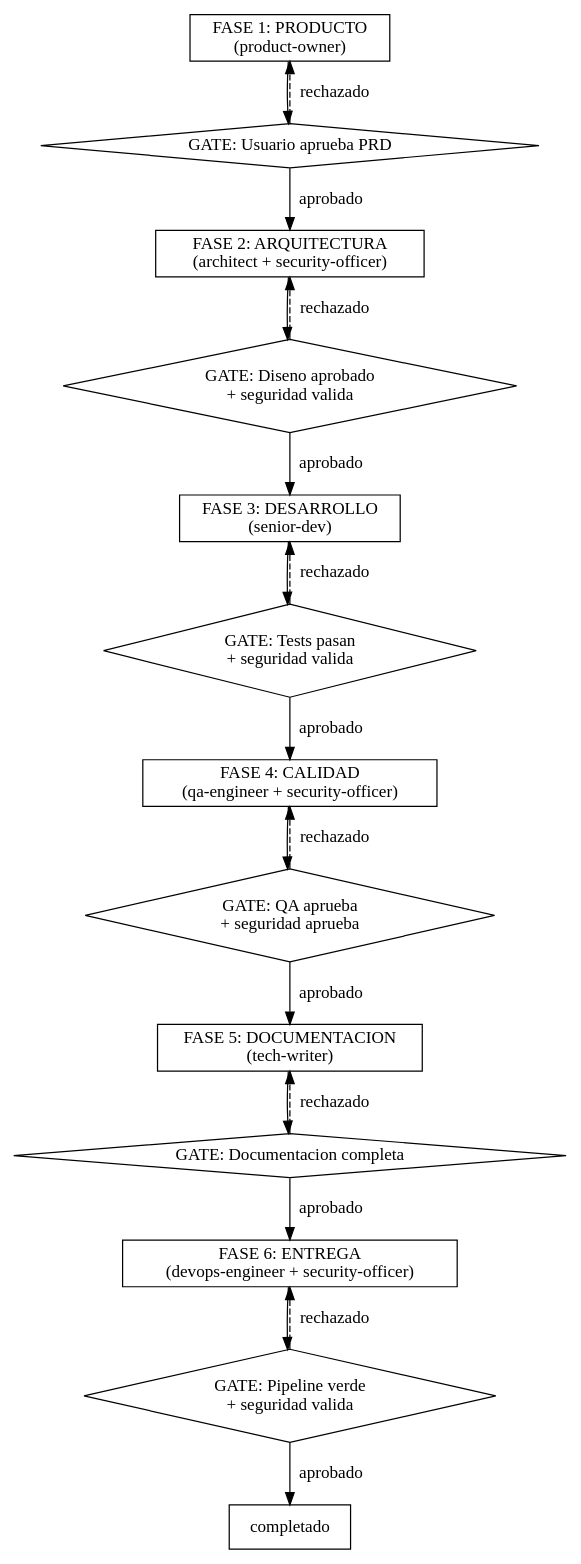
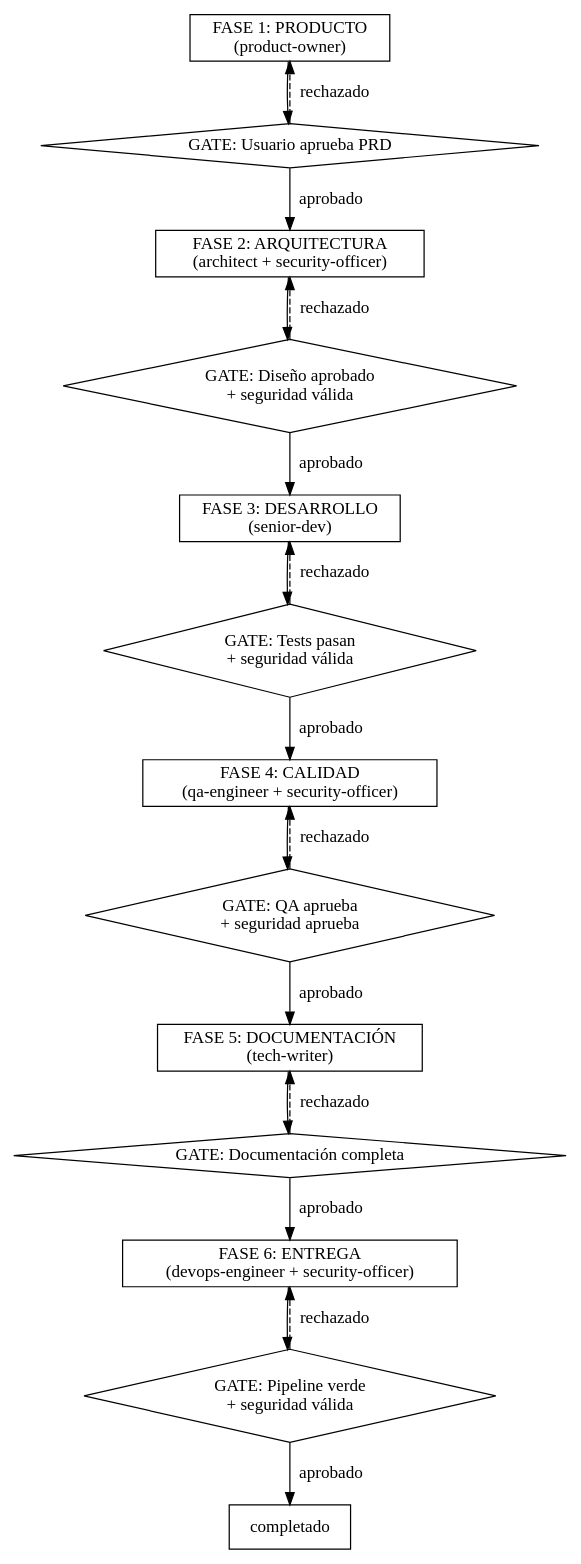
Before and after one commit to 686f6c61/Claude-JARVIS-dev: the first of 3 diagrams in agents/alfred.md, drawn with Graphviz. The commit also changed other lines of this file and 68 other files, not shown here.

````diff
--- a/agents/alfred.md
+++ b/agents/alfred.md
@@ -103,39 +103,39 @@
 ```dot
 digraph feature_flow {
     rankdir=TB;
     node [shape=box];
 
     producto [label="FASE 1: PRODUCTO\n(product-owner)"];
     arquitectura [label="FASE 2: ARQUITECTURA\n(architect + security-officer)"];
     desarrollo [label="FASE 3: DESARROLLO\n(senior-dev)"];
     calidad [label="FASE 4: CALIDAD\n(qa-engineer + security-officer)"];
-    documentacion [label="FASE 5: DOCUMENTACION\n(tech-writer)"];
+    documentacion [label="FASE 5: DOCUMENTACIÓN\n(tech-writer)"];
     entrega [label="FASE 6: ENTREGA\n(devops-engineer + security-officer)"];
 
     gate_prd [label="GATE: Usuario aprueba PRD" shape=diamond];
-    gate_arq [label="GATE: Diseno aprobado\n+ seguridad valida" shape=diamond];
-    gate_dev [label="GATE: Tests pasan\n+ seguridad valida" shape=diamond];
+    gate_arq [label="GATE: Diseño aprobado\n+ seguridad válida" shape=diamond];
+    gate_dev [label="GATE: Tests pasan\n+ seguridad válida" shape=diamond];
     gate_qa [label="GATE: QA aprueba\n+ seguridad aprueba" shape=diamond];
-    gate_doc [label="GATE: Documentacion completa" shape=diamond];
-    gate_ship [label="GATE: Pipeline verde\n+ seguridad valida" shape=diamond];
+    gate_doc [label="GATE: Documentación completa" shape=diamond];
+    gate_ship [label="GATE: Pipeline verde\n+ seguridad válida" shape=diamond];
 
     producto -> gate_prd;
     gate_prd -> arquitectura [label="aprobado"];
     gate_prd -> producto [label="rechazado" style=dashed];
     arquitectura -> gate_arq;
     gate_arq -> desarrollo [label="aprobado"];
     gate_arq -> arquitectura [label="rechazado" style=dashed];
     desarrollo -> gate_dev;
     gate_dev -> calidad [label="aprobado"];
     gate_dev -> desarrollo [label="rechazado" style=dashed];
     calidad -> gate_qa;
     gate_qa -> documentacion [label="aprobado"];
     gate_qa -> calidad [label="rechazado" style=dashed];
     documentacion -> gate_doc;
     gate_doc -> entrega [label="aprobado"];
     gate_doc -> documentacion [label="rechazado" style=dashed];
     entrega -> gate_ship;
     gate_ship -> completado [label="aprobado" shape=doublecircle];
     gate_ship -> entrega [label="rechazado" style=dashed];
 }
 ```
````
